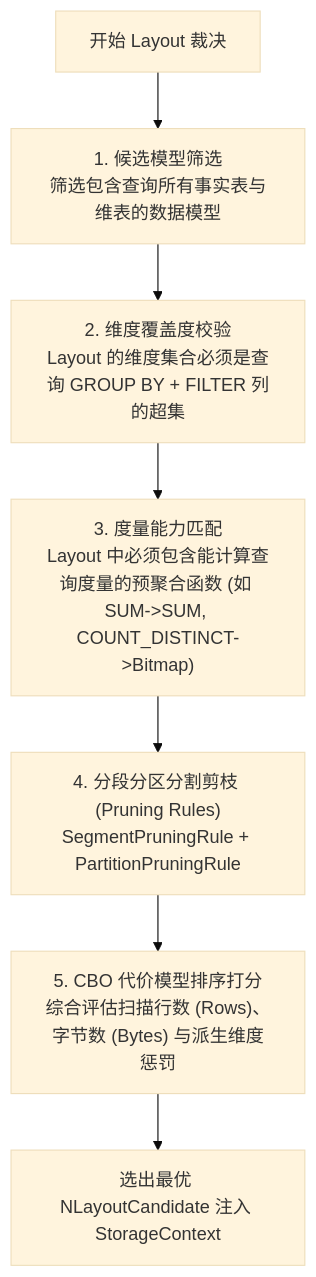
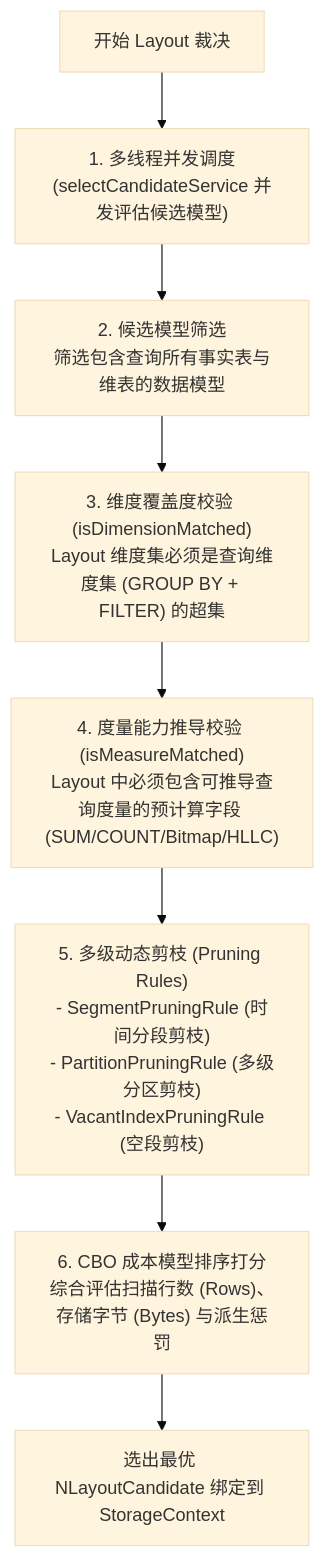
Before and after one commit to Mrhs121/mrhs121.github.io: the third of 3 diagrams in posts/2026-08-18-kylin-query-engine-03-olap-context-and-cbo.md, drawn with Mermaid (base theme). The commit also changed other lines of this file and 5 other files, not shown here.

````diff
--- a/posts/2026-08-18-kylin-query-engine-03-olap-context-and-cbo.md
+++ b/posts/2026-08-18-kylin-query-engine-03-olap-context-and-cbo.md
@@ -111,9 +120,10 @@
 ```mermaid
 flowchart TD
-    Start["开始 Layout 裁决"] --> FilterModels["1. 候选模型筛选<br/>筛选包含查询所有事实表与维表的数据模型"]
-    FilterModels --> DimMatch["2. 维度覆盖度校验<br/>Layout 的维度集合必须是查询 GROUP BY + FILTER 列的超集"]
-    DimMatch --> MeasureMatch["3. 度量能力匹配<br/>Layout 中必须包含能计算查询度量的预聚合函数 (如 SUM->SUM, COUNT_DISTINCT->Bitmap)"]
-    MeasureMatch --> Pruning["4. 分段分区分割剪枝 (Pruning Rules)<br/>SegmentPruningRule + PartitionPruningRule"]
-    Pruning --> CBORank["5. CBO 代价模型排序打分<br/>综合评估扫描行数 (Rows)、字节数 (Bytes) 与派生维度惩罚"]
-    CBORank --> BestCandidate["选出最优 NLayoutCandidate 注入 StorageContext"]
+    Start["开始 Layout 裁决"] --> ThreadPool["1. 多线程并发调度<br/>(selectCandidateService 并发评估候选模型)"]
+    ThreadPool --> ModelFilter["2. 候选模型筛选<br/>筛选包含查询所有事实表与维表的数据模型"]
+    ModelFilter --> DimCheck["3. 维度覆盖度校验 (isDimensionMatched)<br/>Layout 维度集必须是查询维度集 (GROUP BY + FILTER) 的超集"]
+    DimCheck --> MeasureCheck["4. 度量能力推导校验 (isMeasureMatched)<br/>Layout 中必须包含可推导查询度量的预计算字段 (SUM/COUNT/Bitmap/HLLC)"]
+    MeasureCheck --> MultiPruning["5. 多级动态剪枝 (Pruning Rules)<br/>- SegmentPruningRule (时间分段剪枝)<br/>- PartitionPruningRule (多级分区剪枝)<br/>- VacantIndexPruningRule (空段剪枝)"]
+    MultiPruning --> CostScore["6. CBO 成本模型排序打分<br/>综合评估扫描行数 (Rows)、存储字节 (Bytes) 与派生惩罚"]
+    CostScore --> PickBest["选出最优 NLayoutCandidate 绑定到 StorageContext"]
 ```
````
